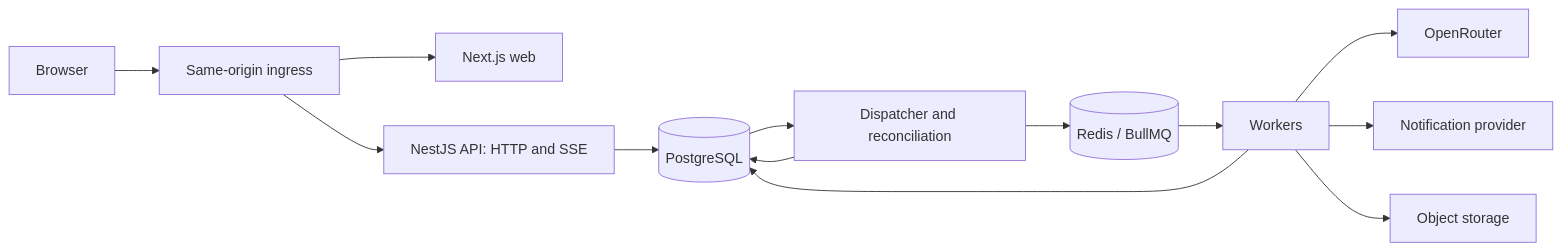
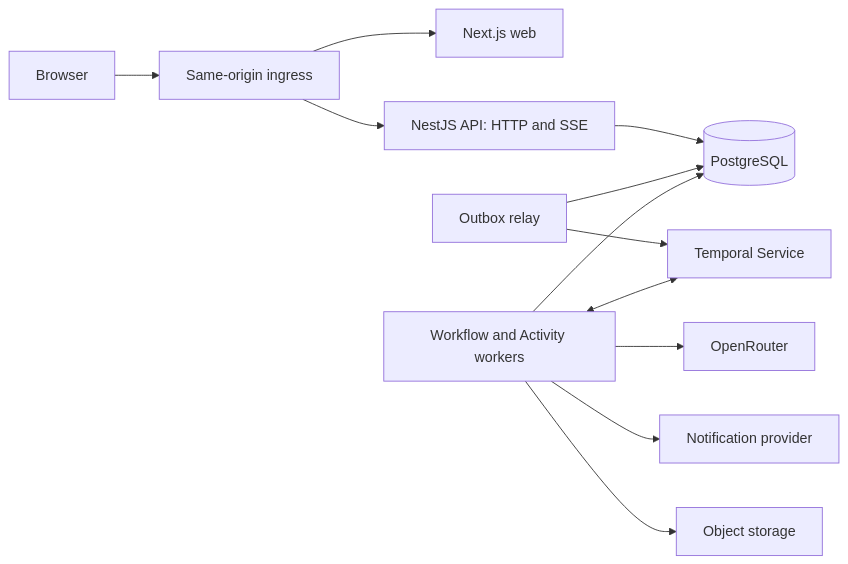
One commit to DenisSkulovic/offscreen-rpg changed the diagram in docs/technical/architecture.md. Above: the diagram before and after it, drawn with Mermaid. The commit also changed other lines of this file and 8 other files, not shown here.

````diff
--- a/docs/technical/architecture.md
+++ b/docs/technical/architecture.md
@@ -28,15 +28,14 @@
 ```mermaid
 flowchart LR
     B[Browser] --> E[Same-origin ingress]
     E --> W[Next.js web]
     E --> A[NestJS API: HTTP and SSE]
     A --> P[(PostgreSQL)]
-    D[Dispatcher and reconciliation] --> P
-    D --> R[(Redis / BullMQ)]
-    R --> J[Workers]
+    D[Outbox relay] --> P
+    D --> T[Temporal Service]
+    J[Workflow and Activity workers] <--> T
     J --> P
     J --> L[OpenRouter]
     J --> N[Notification provider]
     J --> O[Object storage]
-    P --> D
 ```
````
